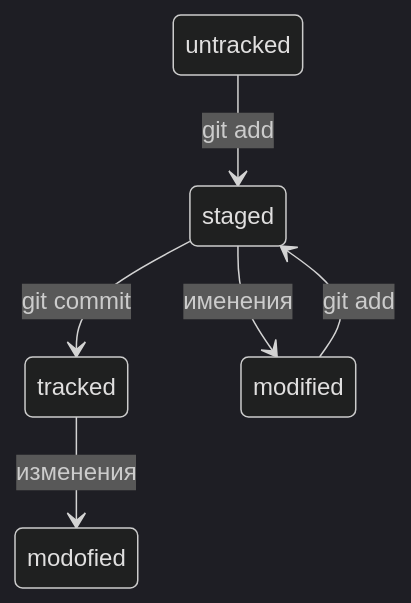
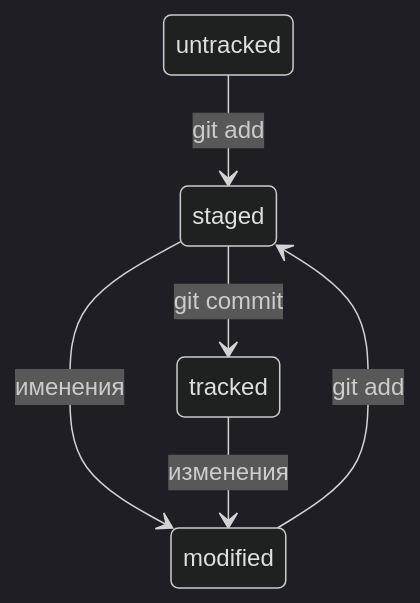
The diagram in README.md (M4kar0vAl/practice1), drawn with Mermaid (dark theme) before and after one commit.

Commit message:
исправить опечатку в статусе файла в диаграмме статусов

````diff
--- a/README.md
+++ b/README.md
@@ -161,8 +161,8 @@
 ```mermaid
    stateDiagram
       untracked --> staged: git add
       staged --> tracked: git commit
       staged --> modified: именения
       modified --> staged: git add
-      tracked --> modofied: изменения
+      tracked --> modified: изменения
 ```
````
